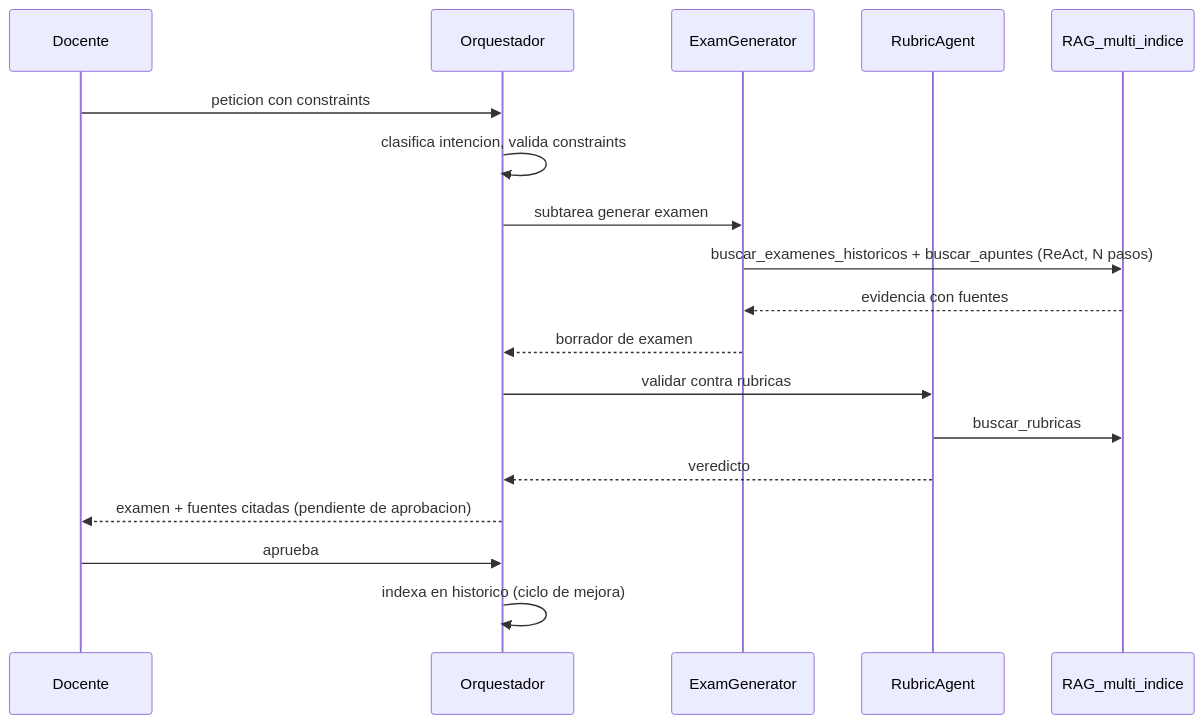
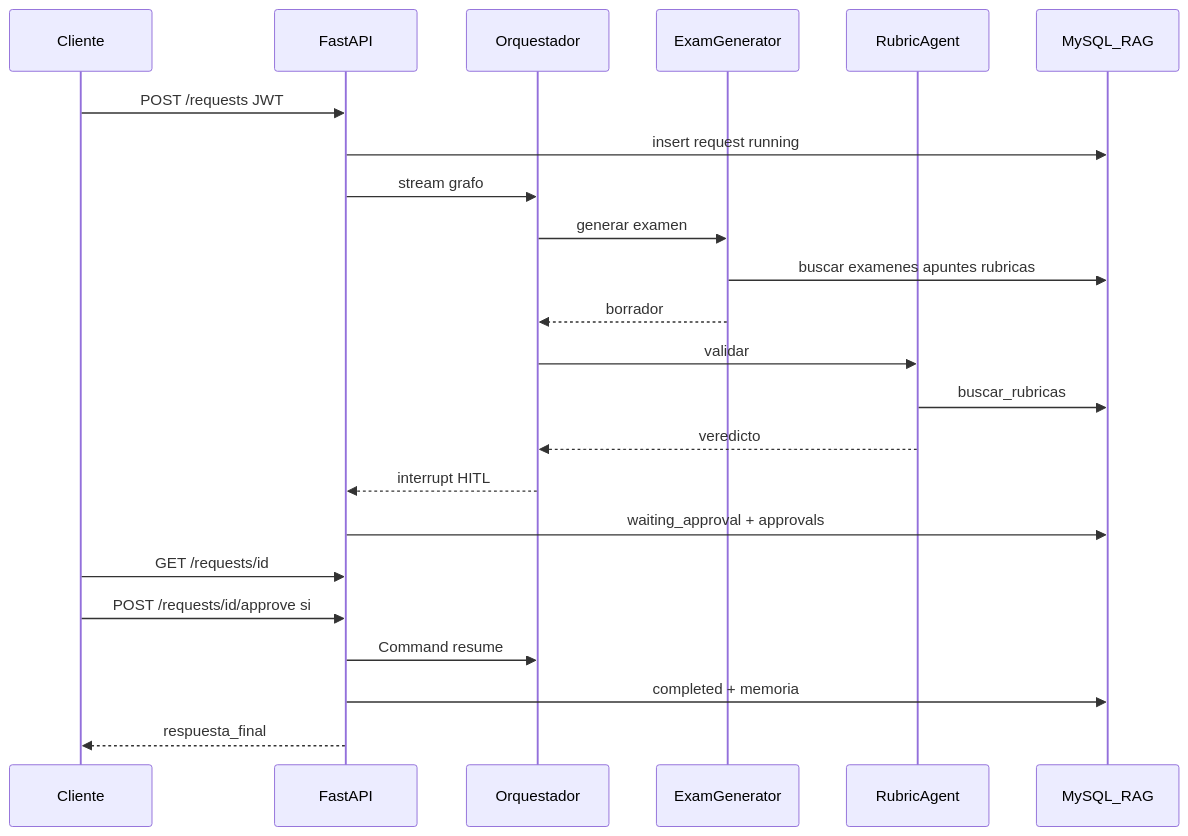
Before and after one commit to DavidLeonP/Orquestacion-Agentes: the second of 2 diagrams in docs/arquitectura.md, drawn with Mermaid. The commit also changed other lines of this file and 34 other files, not shown here.

First line of the commit message:
Add REST API, MySQL backend, and per-user knowledge isolation

````diff
--- a/docs/arquitectura.md
+++ b/docs/arquitectura.md
@@ -197,20 +203,25 @@
 ```mermaid
 sequenceDiagram
-    participant D as Docente
+    participant C as Cliente
+    participant API as FastAPI
     participant O as Orquestador
     participant E as ExamGenerator
     participant R as RubricAgent
-    participant K as RAG_multi_indice
-    D->>O: peticion con constraints
-    O->>O: clasifica intencion, valida constraints
-    O->>E: subtarea generar examen
-    E->>K: buscar_examenes_historicos + buscar_apuntes (ReAct, N pasos)
-    K-->>E: evidencia con fuentes
-    E-->>O: borrador de examen
-    O->>R: validar contra rubricas
-    R->>K: buscar_rubricas
+    participant DB as MySQL_RAG
+    C->>API: POST /requests JWT
+    API->>DB: insert request running
+    API->>O: stream grafo
+    O->>E: generar examen
+    E->>DB: buscar examenes apuntes rubricas
+    E-->>O: borrador
+    O->>R: validar
+    R->>DB: buscar_rubricas
     R-->>O: veredicto
-    O-->>D: examen + fuentes citadas (pendiente de aprobacion)
-    D->>O: aprueba
-    O->>O: indexa en historico (ciclo de mejora)
+    O-->>API: interrupt HITL
+    API->>DB: waiting_approval + approvals
+    C->>API: GET /requests/id
+    C->>API: POST /requests/id/approve si
+    API->>O: Command resume
+    API->>DB: completed + memoria
+    API-->>C: respuesta_final
 ```
````
